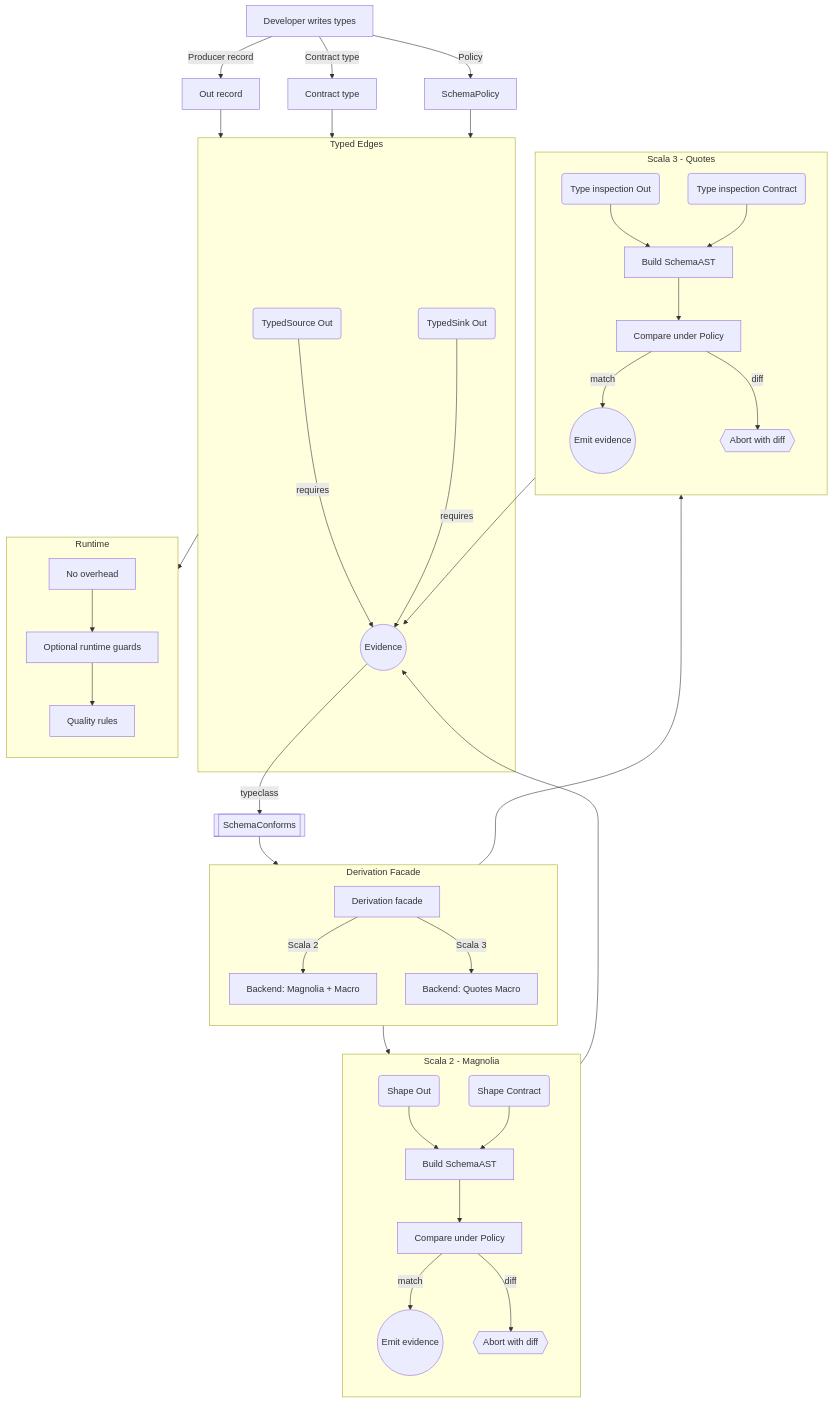
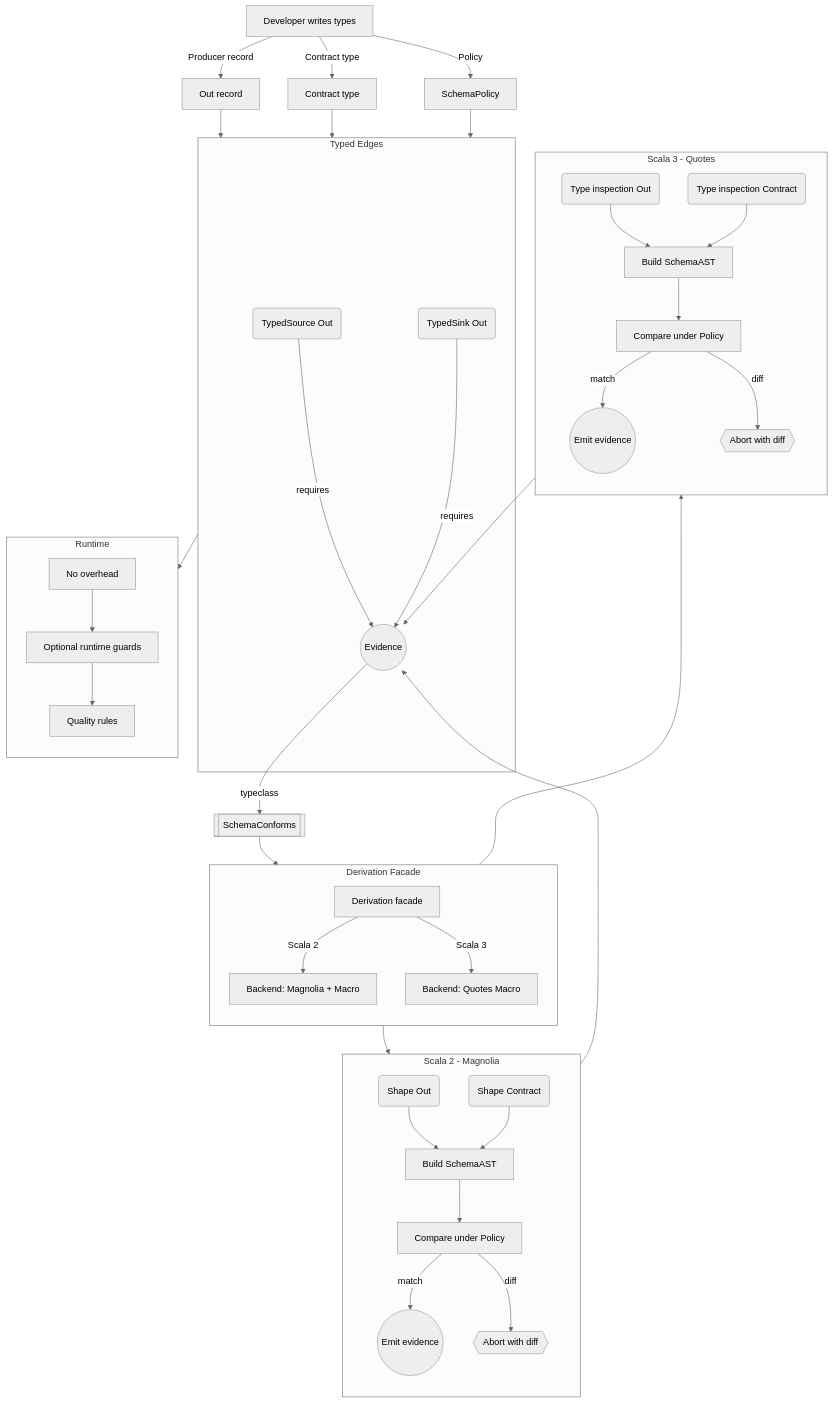
One commit to vim89/flowforge changed the diagram in docs/diagrams/compile-time-contracts/src/flowchart.mmd. Above: the diagram before and after it, drawn with Mermaid. The commit also changed 19 other files, not shown here.

```diff
--- a/docs/diagrams/compile-time-contracts/src/flowchart.mmd
+++ b/docs/diagrams/compile-time-contracts/src/flowchart.mmd
@@ -1,59 +1,63 @@
+---
+config:
+  theme: 'neutral'
+---
+
 flowchart TD
     A[Developer writes types]
     A -->|Producer record| A1[Out record]
     A -->|Contract type| A2[Contract type]
     A -->|Policy| A3[SchemaPolicy]
 
     subgraph B[Typed Edges]
       B1(TypedSource Out)
       B2(TypedSink Out)
       B1 -->|requires| E((Evidence))
       B2 -->|requires| E((Evidence))
     end
 
     A1 --> B
     A2 --> B
     A3 --> B
 
     E -->|typeclass| D1[[SchemaConforms]]
 
     subgraph C[Derivation Facade]
       direction TB
       C0[Derivation facade]
       C0 -->|Scala 2| C1[Backend: Magnolia + Macro]
       C0 -->|Scala 3| C2[Backend: Quotes Macro]
     end
 
     D1 --> C
 
     subgraph S2[Scala 2 - Magnolia]
       direction TB
       M1(Shape Out) --> M3[Build SchemaAST]
       M2(Shape Contract) --> M3
       M3 --> M4[Compare under Policy]
       M4 -->|match| M5((Emit evidence))
       M4 -->|diff| M6{{Abort with diff}}
     end
 
     subgraph S3[Scala 3 - Quotes]
       direction TB
       G1(Type inspection Out) --> G3[Build SchemaAST]
       G2(Type inspection Contract) --> G3
       G3 --> G4[Compare under Policy]
       G4 -->|match| G5((Emit evidence))
       G4 -->|diff| G6{{Abort with diff}}
     end
 
     C1 --> S2
     C2 --> S3
 
     M5 --> E
     G5 --> E
 
     subgraph R[Runtime]
       direction TB
       R1[No overhead] --> R2[Optional runtime guards]
       R2 --> R3[Quality rules]
     end
-
     B --> R
```
